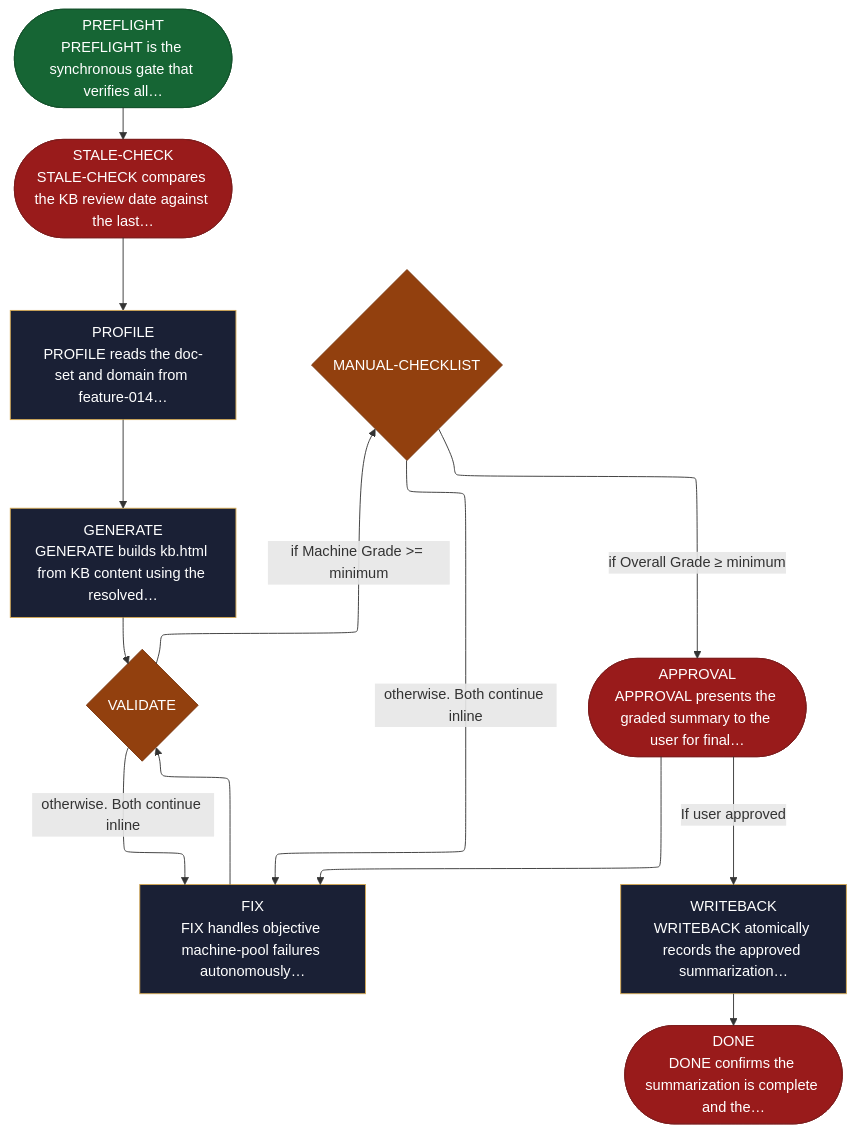
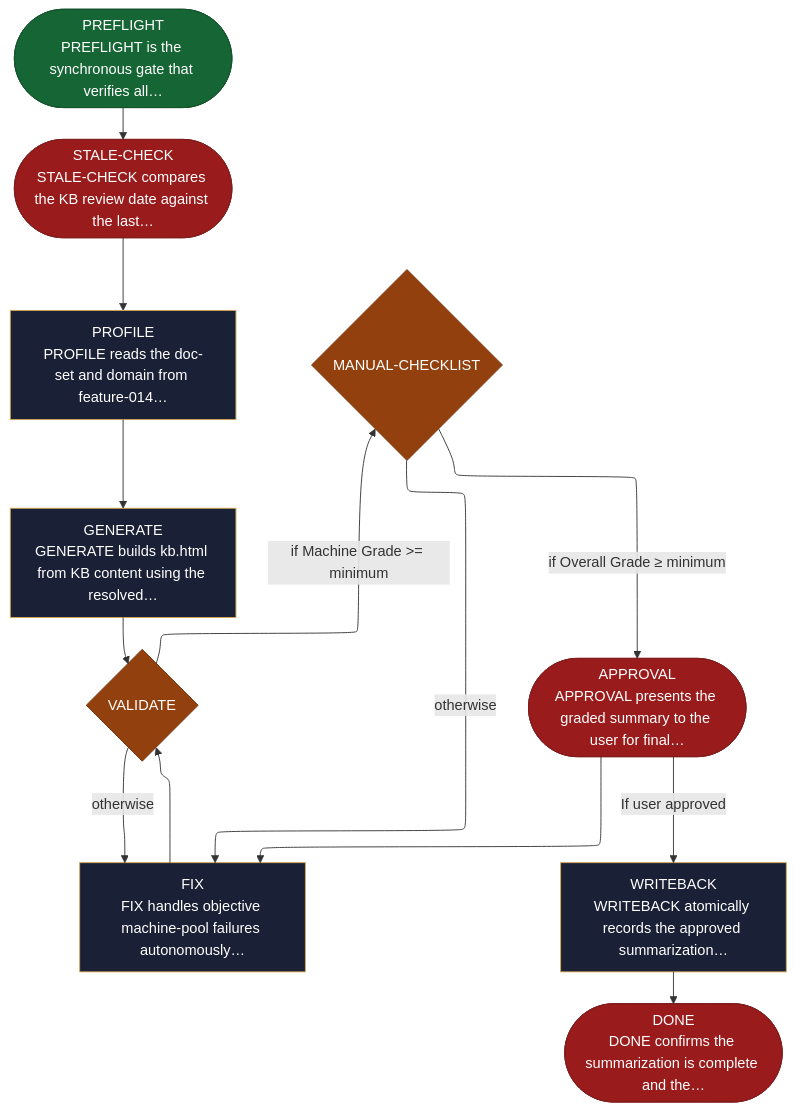
The diagram in site/src/content/docs/skills/aid-summarize.md (AndreVianna/aid-methodology), drawn with Mermaid before and after one commit. The commit also changed 4 other files, not shown here.

````diff
--- a/site/src/content/docs/skills/aid-summarize.md
+++ b/site/src/content/docs/skills/aid-summarize.md
@@ -20,60 +20,60 @@
 ```mermaid
 ---
 config:
   layout: elk
   flowchart:
     nodeSpacing: 55
     rankSpacing: 65
     padding: 12
     useMaxWidth: true
 ---
 flowchart TB
   classDef aidNode color:#fff
   classDef aidEntry fill:#166534,stroke:#14532d,color:#fff
   classDef aidExit fill:#991b1b,stroke:#7f1d1d,color:#fff
   classDef aidDecision fill:#92400e,stroke:#78350f,color:#fff
   classDef aidLoopBack fill:#1e3a8a,stroke:#1e3a8a,color:#fff
   classDef aidStep fill:#1a2035,stroke:#d4a853,color:#f1f5f9
   n1(["PREFLIGHT<br/>PREFLIGHT is the synchronous gate that verifies all…"])
   n2(["STALE-CHECK<br/>STALE-CHECK compares the KB review date against the last…"])
   n3["PROFILE<br/>PROFILE reads the doc-set and domain from feature-014…"]
   n4["GENERATE<br/>GENERATE builds kb.html from KB content using the resolved…"]
   n5{"VALIDATE"}
   n6{"MANUAL-CHECKLIST"}
   n7["FIX<br/>FIX handles objective machine-pool failures autonomously…"]
   n8(["APPROVAL<br/>APPROVAL presents the graded summary to the user for final…"])
   n9["WRITEBACK<br/>WRITEBACK atomically records the approved summarization…"]
   n10(["DONE<br/>DONE confirms the summarization is complete and the…"])
   n1 --> n2
   n2 --> n3
   n3 --> n4
   n4 --> n5
   n5 -->|"if Machine Grade &gt;= minimum"| n6
-  n5 -->|"otherwise. Both continue inline"| n7
-  n6 -->|"otherwise. Both continue inline"| n7
+  n5 -->|"otherwise"| n7
+  n6 -->|"otherwise"| n7
   n6 -->|"if Overall Grade ≥ minimum"| n8
   n7 --> n5
   n8 --> n7
   n8 -->|"If user approved"| n9
   n9 --> n10
   class n1 aidEntry
   class n2 aidExit
   class n3 aidStep
   class n4 aidStep
   class n5 aidDecision
   class n6 aidDecision
   class n7 aidStep
   class n8 aidExit
   class n9 aidStep
   class n10 aidExit
   class n1 aidNode
   class n2 aidNode
   class n3 aidNode
   class n4 aidNode
   class n5 aidNode
   class n6 aidNode
   class n7 aidNode
   class n8 aidNode
   class n9 aidNode
   class n10 aidNode
 ```
````
